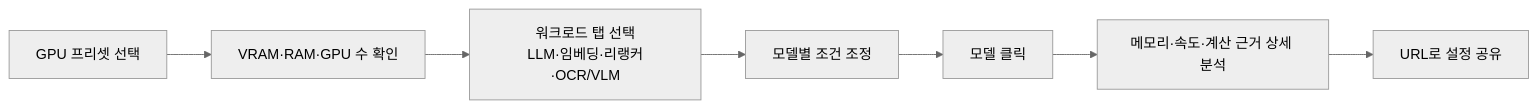
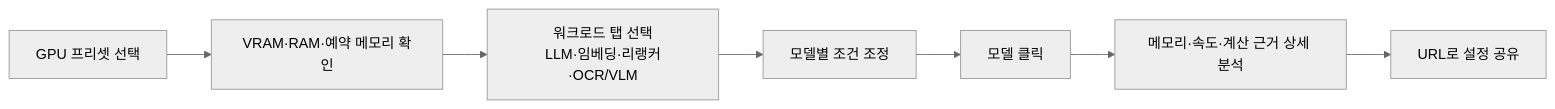
One commit to jaeseok614/llm-gpu-checker-ko changed the first of 3 diagrams in README.md. Above: the diagram before and after it, drawn with Mermaid (neutral theme). The commit also changed other lines of this file and 4 other files, not shown here.

````diff
--- a/README.md
+++ b/README.md
@@ -31,9 +31,9 @@
 ```mermaid
 flowchart LR
-  A[GPU 프리셋 선택] --> B[VRAM·RAM·GPU 수 확인]
+  A[GPU 프리셋 선택] --> B[VRAM·RAM·예약 메모리 확인]
   B --> C[워크로드 탭 선택<br/>LLM·임베딩·리랭커·OCR/VLM]
   C --> D[모델별 조건 조정]
   D --> E[모델 클릭]
   E --> F[메모리·속도·계산 근거 상세 분석]
   F --> G[URL로 설정 공유]
 ```
````
